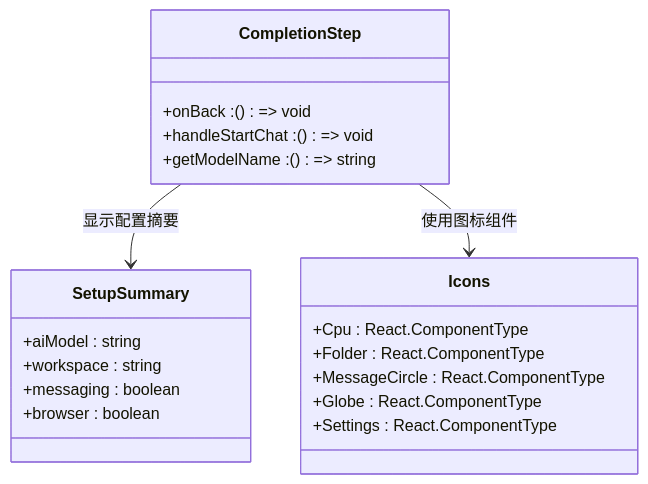
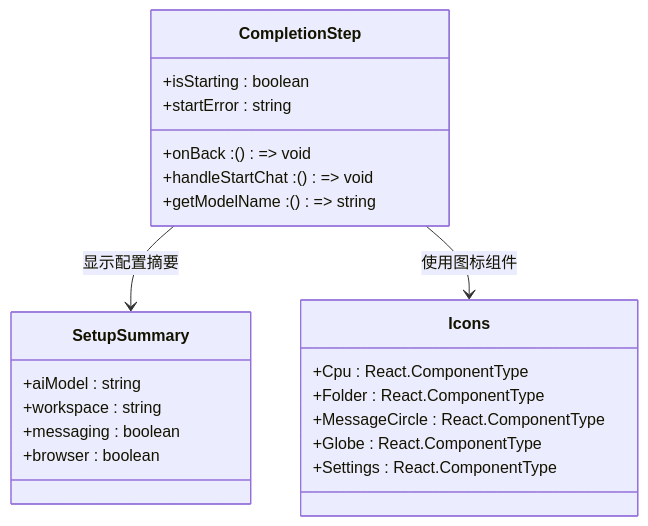
The tenth of 13 diagrams in .qoder/repowiki/zh/content/设置向导UI组件.md (verse-ai-org/openclaw), drawn with Mermaid before and after one commit. The commit also changed other lines of this file and 9 other files, not shown here.

````diff
--- a/.qoder/repowiki/zh/content/设置向导UI组件.md
+++ b/.qoder/repowiki/zh/content/设置向导UI组件.md
@@ -502,23 +475,25 @@
 ```mermaid
 classDiagram
 class CompletionStep {
 +onBack : () => void
 +handleStartChat : () => void
++isStarting : boolean
++startError : string
 +getModelName : () => string
 }
 class SetupSummary {
 +aiModel : string
 +workspace : string
 +messaging : boolean
 +browser : boolean
 }
 class Icons {
 +Cpu : React.ComponentType
 +Folder : React.ComponentType
 +MessageCircle : React.ComponentType
 +Globe : React.ComponentType
 +Settings : React.ComponentType
 }
 CompletionStep --> SetupSummary : 显示配置摘要
 CompletionStep --> Icons : 使用图标组件
 ```
````
